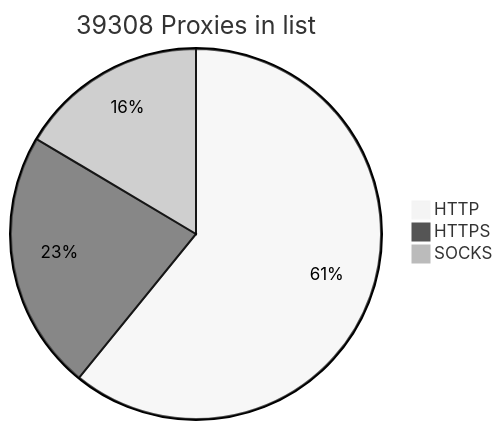
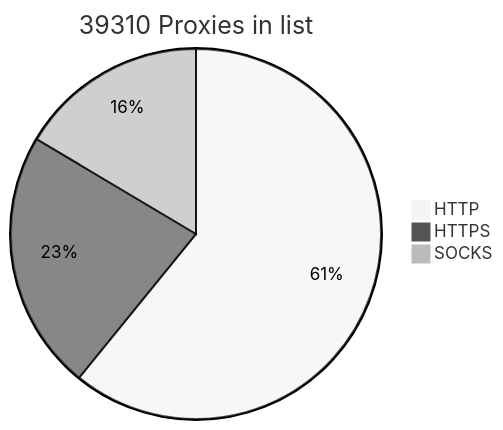
Before and after one commit to BlackSnowDot/proxylist-update-every-minute: the diagram in README.md, drawn with Mermaid (neutral theme).

````diff
--- a/README.md
+++ b/README.md
@@ -2,6 +2,6 @@
 ```mermaid
-pie title 39308 Proxies in list
+pie title 39310 Proxies in list
     "HTTP" : 28180
     "HTTPS": 10500
-    "SOCKS" : 7614
+    "SOCKS" : 7616
 ```
````
